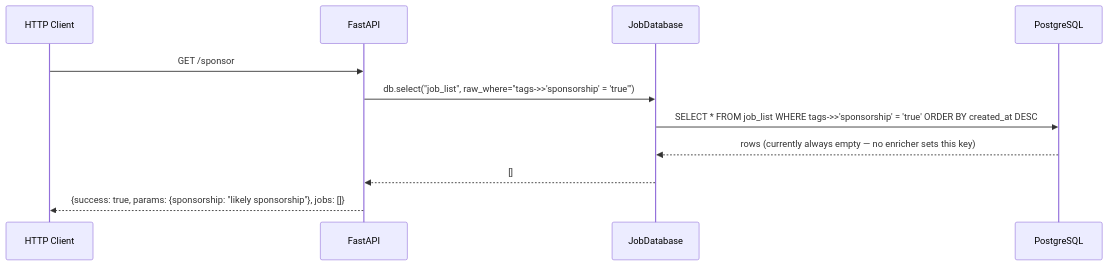
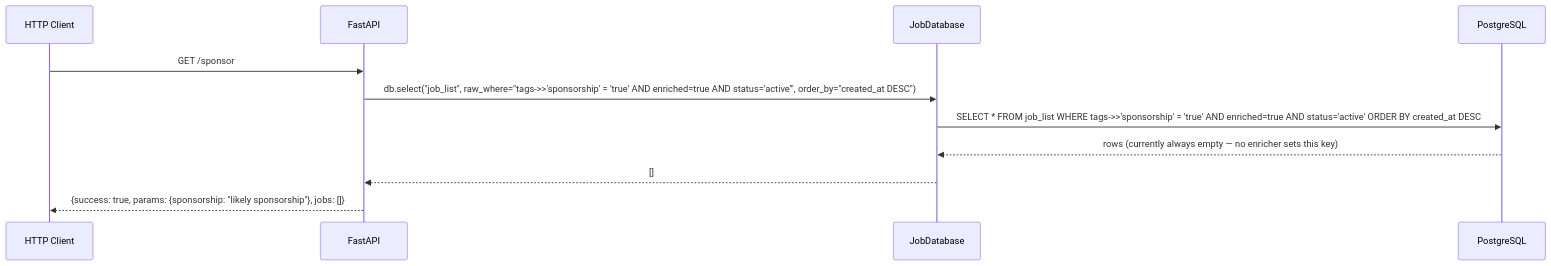
The fifth of 6 diagrams in docs/diagrams/main_api_seq.md (AustinDwomoh/libra), drawn with Mermaid before and after one commit. The commit also changed other lines of this file and 26 other files, not shown here.

````diff
--- a/docs/diagrams/main_api_seq.md
+++ b/docs/diagrams/main_api_seq.md
@@ -71,18 +73,18 @@
 ```mermaid
 %% sequenceDiagram — GET /sponsor (sponsorship tag filter)
 %% BUG: tags->>'sponsorship' is never set by the enrichment pipeline.
 %% The LLM prompt populates skill_0..N and experience_years, not a sponsorship key.
 %% This endpoint will always return an empty list until the enrichment tags schema is updated.
 sequenceDiagram
     participant Client as HTTP Client
     participant App as FastAPI
     participant DB as JobDatabase
     participant PG as PostgreSQL
 
     Client->>App: GET /sponsor
-    App->>DB: db.select("job_list", raw_where="tags->>'sponsorship' = 'true'")
-    DB->>PG: SELECT * FROM job_list WHERE tags->>'sponsorship' = 'true' ORDER BY created_at DESC
+    App->>DB: db.select("job_list", raw_where="tags->>'sponsorship' = 'true' AND enriched=true AND status='active'", order_by="created_at DESC")
+    DB->>PG: SELECT * FROM job_list WHERE tags->>'sponsorship' = 'true' AND enriched=true AND status='active' ORDER BY created_at DESC
     PG-->>DB: rows (currently always empty — no enricher sets this key)
     DB-->>App: []
     App-->>Client: {success: true, params: {sponsorship: "likely sponsorship"}, jobs: []}
 ```
````
